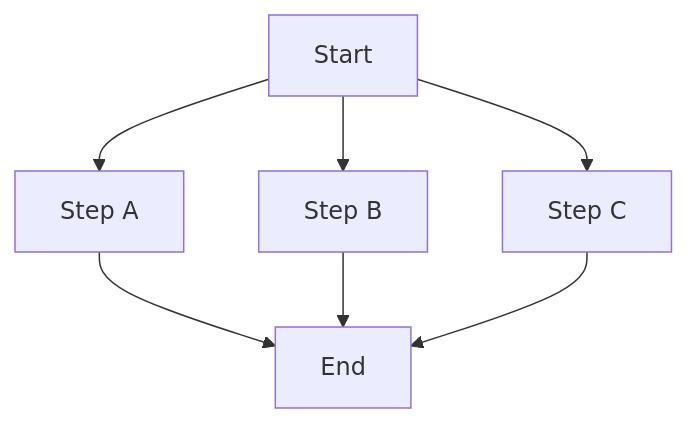
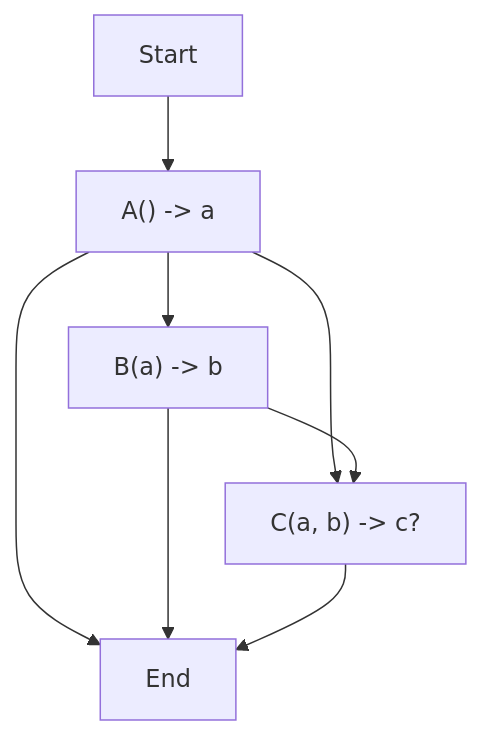
Before and after one commit to LittleLittleCloud/StepWise: the third of 4 diagrams in docs/DeepDiveToStepWiseEngine.md, drawn with Mermaid. The commit also changed other lines of this file, not shown here.

````diff
--- a/docs/DeepDiveToStepWiseEngine.md
+++ b/docs/DeepDiveToStepWiseEngine.md
@@ -51,13 +80,11 @@
 ```mermaid
 graph TD
-    Start --> A[Step A]
-    Start --> B[Step B]
-    Start --> C[Step C]
-    A[Step A]
-    B[Step B]
-    C[Step C]
+    Start --> A["A() -> a"]
+    A --> B["B(a) -> b"]
+    A --> C["C(a, b) -> c?"]
+    B --> C
     End[End]
     A --> End
     B --> End
     C --> End
 ```
````
